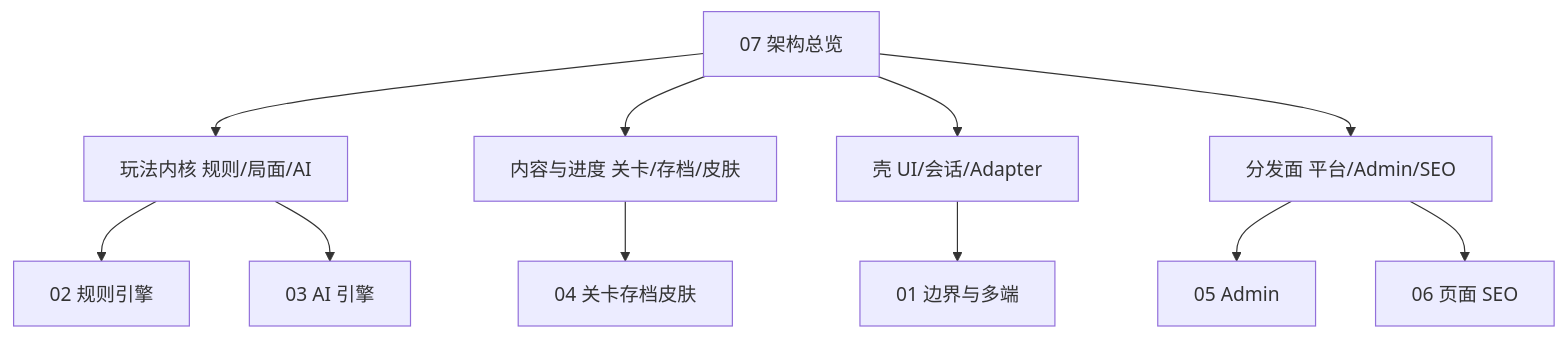
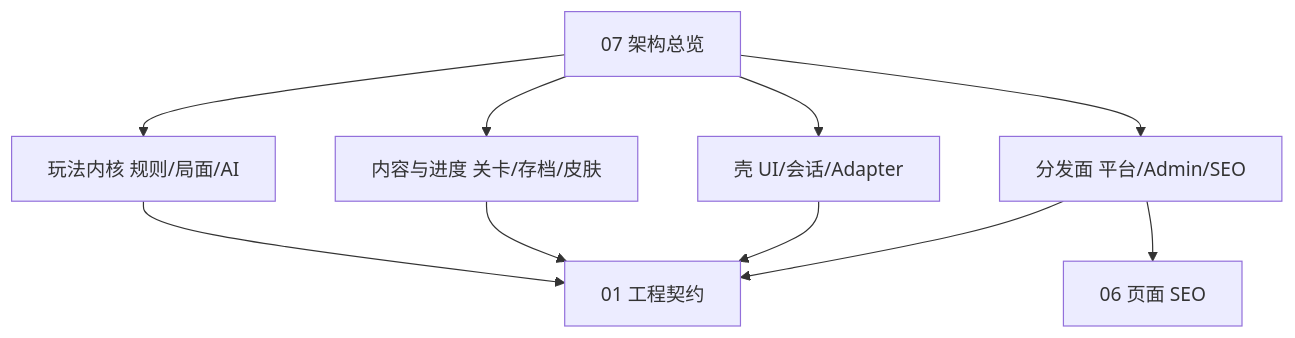
One commit to FansUnion/3pk15 changed the first of 3 diagrams in docs/技术设计/07-游戏架构总览.md. Above: the diagram before and after it, drawn with Mermaid. The commit also changed other lines of this file and 41 other files, not shown here.

````diff
--- a/docs/技术设计/07-游戏架构总览.md
+++ b/docs/技术设计/07-游戏架构总览.md
@@ -17,14 +15,13 @@
 ```mermaid
 flowchart TB
   overview["07 架构总览"]
   overview --> L1["玩法内核 规则/局面/AI"]
   overview --> L2["内容与进度 关卡/存档/皮肤"]
   overview --> L3["壳 UI/会话/Adapter"]
   overview --> L4["分发面 平台/Admin/SEO"]
-  L1 --> d02["02 规则引擎"]
-  L1 --> d03["03 AI 引擎"]
-  L2 --> d04["04 关卡存档皮肤"]
-  L3 --> d01["01 边界与多端"]
-  L4 --> d05["05 Admin"]
+  L1 --> d01["01 工程契约"]
+  L2 --> d01
+  L3 --> d01
+  L4 --> d01
   L4 --> d06["06 页面 SEO"]
 ```
````
